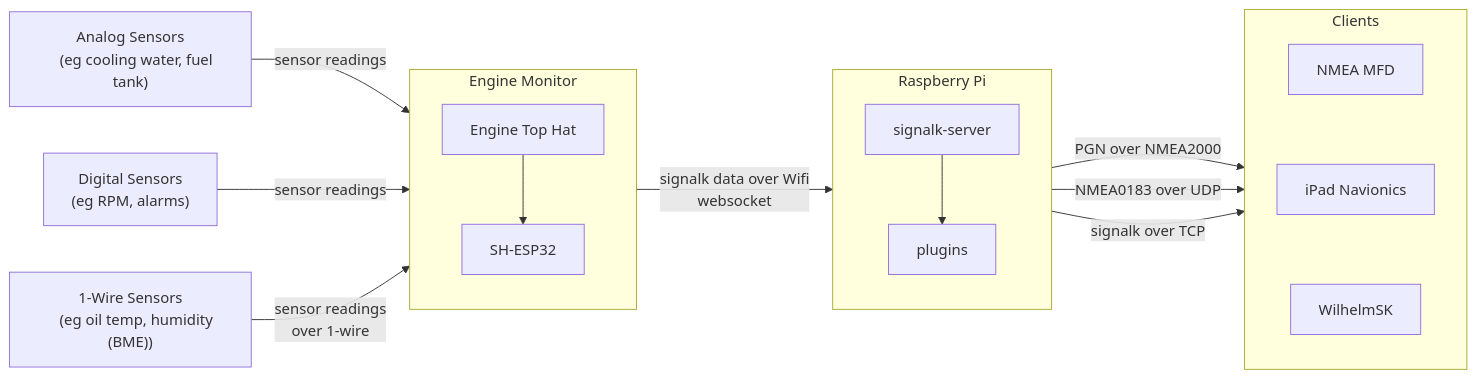
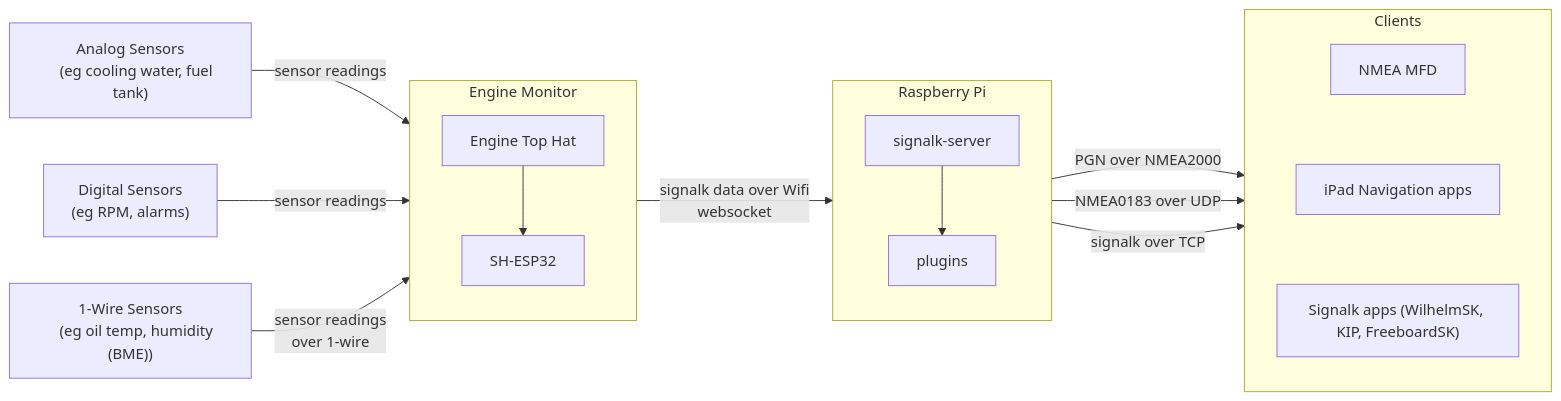
Before and after one commit to bhavers/sh-esp32-engine-hat: the diagram in README.md, drawn with Mermaid.

Commit message:
Updated clients

````diff
--- a/README.md
+++ b/README.md
@@ -8,29 +8,29 @@
 ```mermaid
 flowchart LR
     subgraph enginemonitor[Engine Monitor]
         direction TB
         hat["Engine Top Hat"] --> shesp32[SH-ESP32]
     end
     subgraph boatserver["Raspberry Pi"]
         direction TB
         signalkserver["signalk-server"] --> plugin[plugins]
     end
     subgraph clients["Clients"]
         direction TB
         n2kclient["NMEA MFD"] ~~~
-        udpclient["iPad Navionics"] ~~~
-        signalkclient["WilhelmSK"]
+        udpclient["iPad Navigation apps"] ~~~
+        signalkclient["Signalk apps (WilhelmSK, KIP, FreeboardSK)"]
     end
     analog["Analog Sensors
     (eg cooling water, fuel tank)"] -->|sensor readings| enginemonitor
     digital["Digital Sensors
     (eg RPM, alarms)"] -->|sensor readings| enginemonitor
     1wire["1-Wire Sensors
     (eg oil temp, humidity (BME))"] -->|sensor readings
     over 1-wire| enginemonitor
     enginemonitor  -->|signalk data over Wifi
     websocket| boatserver
     boatserver -->|PGN over NMEA2000| clients
     boatserver -->|NMEA0183 over UDP| clients
     boatserver -->|signalk over TCP| clients
 ```
````
